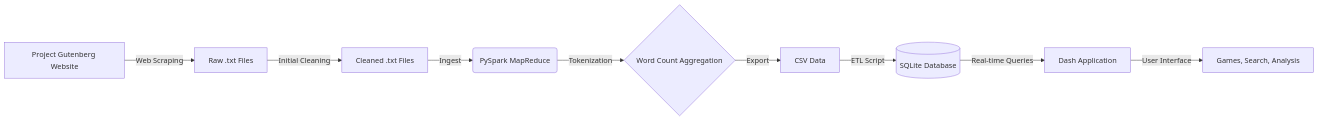
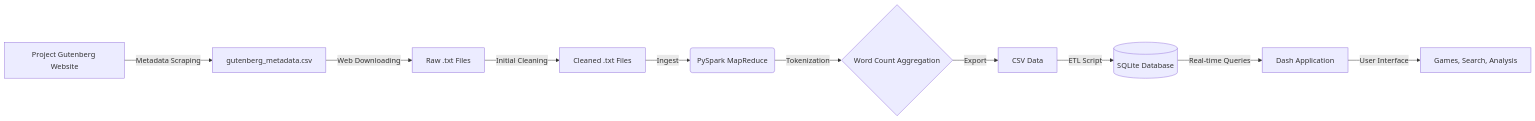
The diagram in README.md (jm7n7/roo-setta-stone), drawn with Mermaid before and after one commit. The commit also changed other lines of this file, not shown here.

First line of the commit message:
Revise README for updated data pipeline steps

````diff
--- a/README.md
+++ b/README.md
@@ -15,11 +15,12 @@
 ```mermaid
 graph LR
-    A[Project Gutenberg Website] -->|Web Scraping| B[Raw .txt Files]
-    B -->|Initial Cleaning| C[Cleaned .txt Files]
-    C -->|Ingest| D(PySpark MapReduce)
-    D -->|Tokenization| E{Word Count Aggregation}
-    E -->|Export| F[CSV Data]
-    F -->|ETL Script| G[(SQLite Database)]
-    G -->|Real-time Queries| H[Dash Application]
-    H -->|User Interface| I[Games, Search, Analysis]
+    A[Project Gutenberg Website] -->|Metadata Scraping| B[gutenberg_metadata.csv]
+    B -->|Web Downloading| C[Raw .txt Files]
+    C -->|Initial Cleaning| D[Cleaned .txt Files]
+    D -->|Ingest| E(PySpark MapReduce)
+    E -->|Tokenization| F{Word Count Aggregation}
+    F -->|Export| G[CSV Data]
+    G -->|ETL Script| H[(SQLite Database)]
+    H -->|Real-time Queries| I[Dash Application]
+    I -->|User Interface| J[Games, Search, Analysis]
 ```
````
